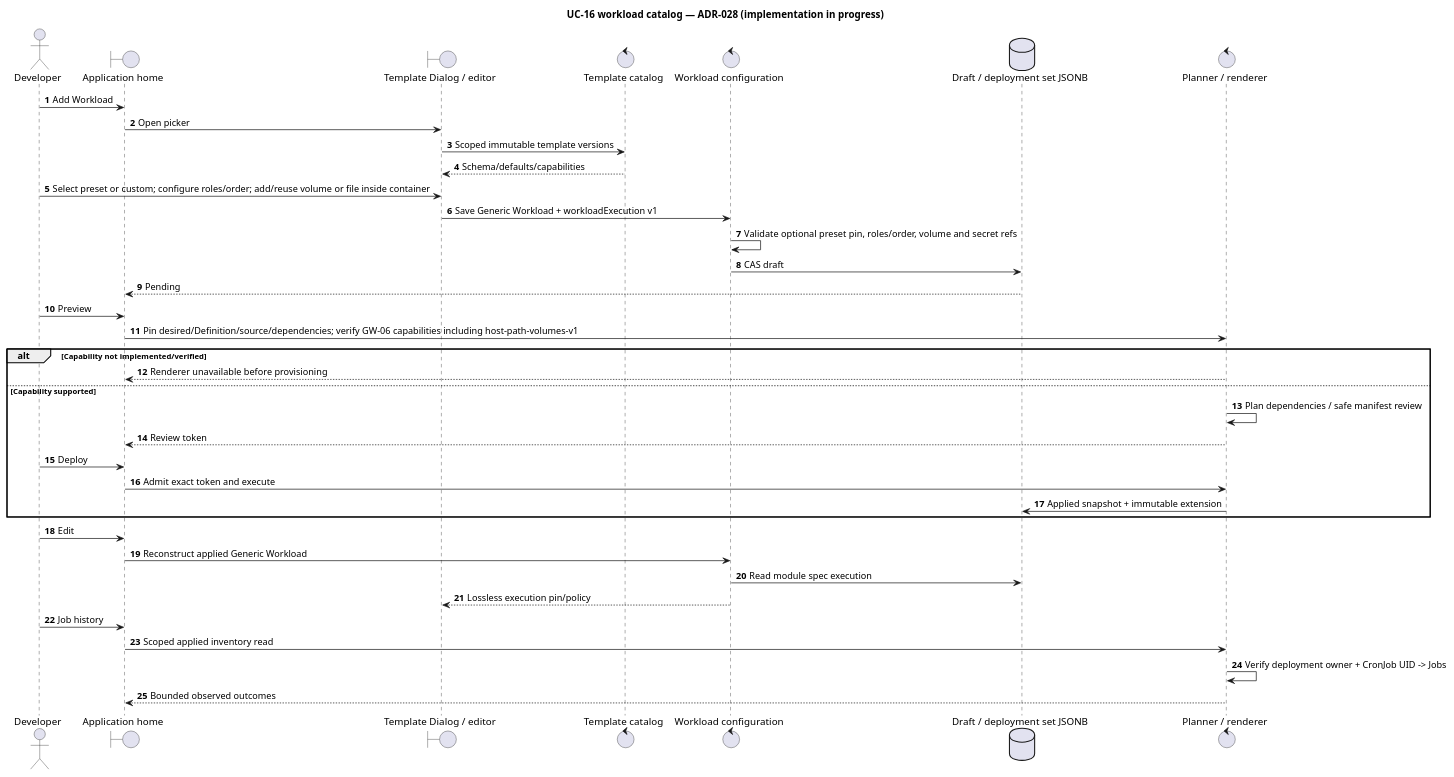
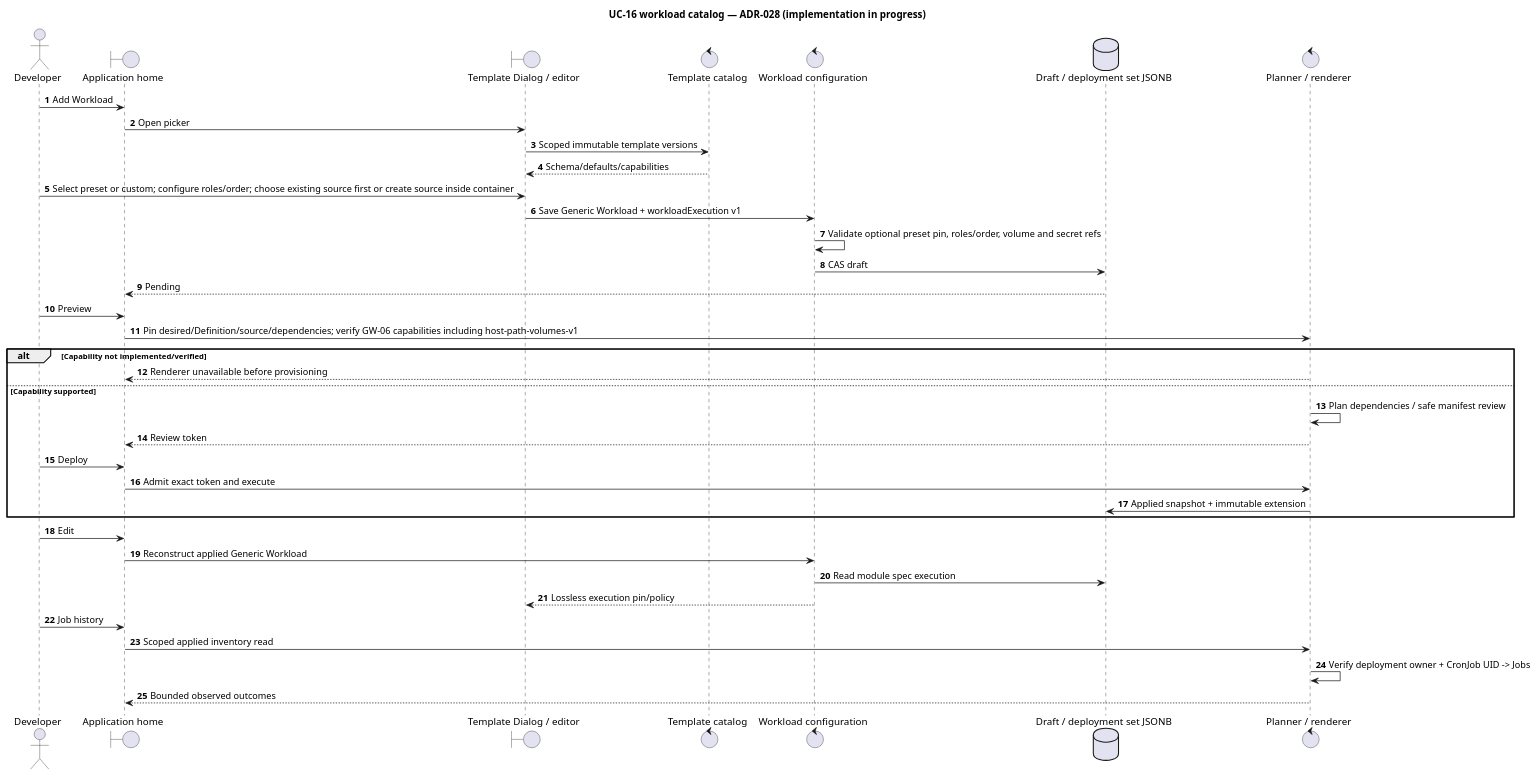
Before and after one commit to pr3s3nt/poc: the diagram in orchestrator_docs/usecase/UC-16/workload-catalog-sequence.puml, drawn with PlantUML. The commit also changed 19 other files, not shown here.

Commit message:
feat(console): prefer existing volume sources before creation

```diff
--- a/orchestrator_docs/usecase/UC-16/workload-catalog-sequence.puml
+++ b/orchestrator_docs/usecase/UC-16/workload-catalog-sequence.puml
@@ -1,39 +1,39 @@
 @startuml
 title UC-16 workload catalog — ADR-028 (implementation in progress)
 autonumber
 actor Developer
 boundary "Application home" as Home
 boundary "Template Dialog / editor" as UI
 control "Template catalog" as Catalog
 control "Workload configuration" as Config
 database "Draft / deployment set JSONB" as Store
 control "Planner / renderer" as Runtime
 Developer -> Home: Add Workload
 Home -> UI: Open picker
 UI -> Catalog: Scoped immutable template versions
 Catalog --> UI: Schema/defaults/capabilities
-Developer -> UI: Select preset or custom; configure roles/order; add/reuse volume or file inside container
+Developer -> UI: Select preset or custom; configure roles/order; choose existing source first or create source inside container
 UI -> Config: Save Generic Workload + workloadExecution v1
 Config -> Config: Validate optional preset pin, roles/order, volume and secret refs
 Config -> Store: CAS draft
 Store --> Home: Pending
 Developer -> Home: Preview
 Home -> Runtime: Pin desired/Definition/source/dependencies; verify GW-06 capabilities including host-path-volumes-v1
 alt Capability not implemented/verified
  Runtime --> Home: Renderer unavailable before provisioning
 else Capability supported
  Runtime -> Runtime: Plan dependencies / safe manifest review
  Runtime --> Home: Review token
  Developer -> Home: Deploy
  Home -> Runtime: Admit exact token and execute
  Runtime -> Store: Applied snapshot + immutable extension
 end
 Developer -> Home: Edit
 Home -> Config: Reconstruct applied Generic Workload
 Config -> Store: Read module spec execution
 Config --> UI: Lossless execution pin/policy
 Developer -> Home: Job history
 Home -> Runtime: Scoped applied inventory read
 Runtime -> Runtime: Verify deployment owner + CronJob UID -> Jobs
 Runtime --> Home: Bounded observed outcomes
 @enduml
```
